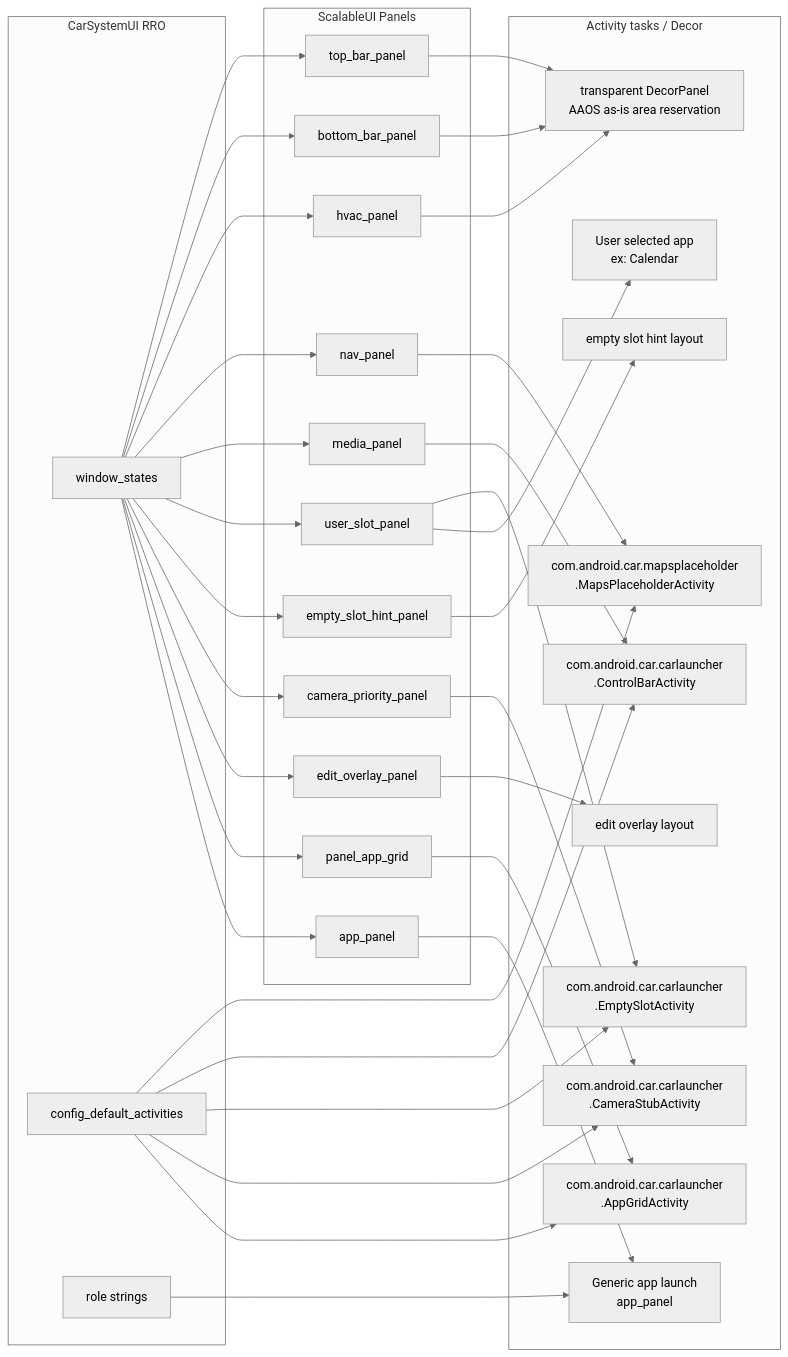
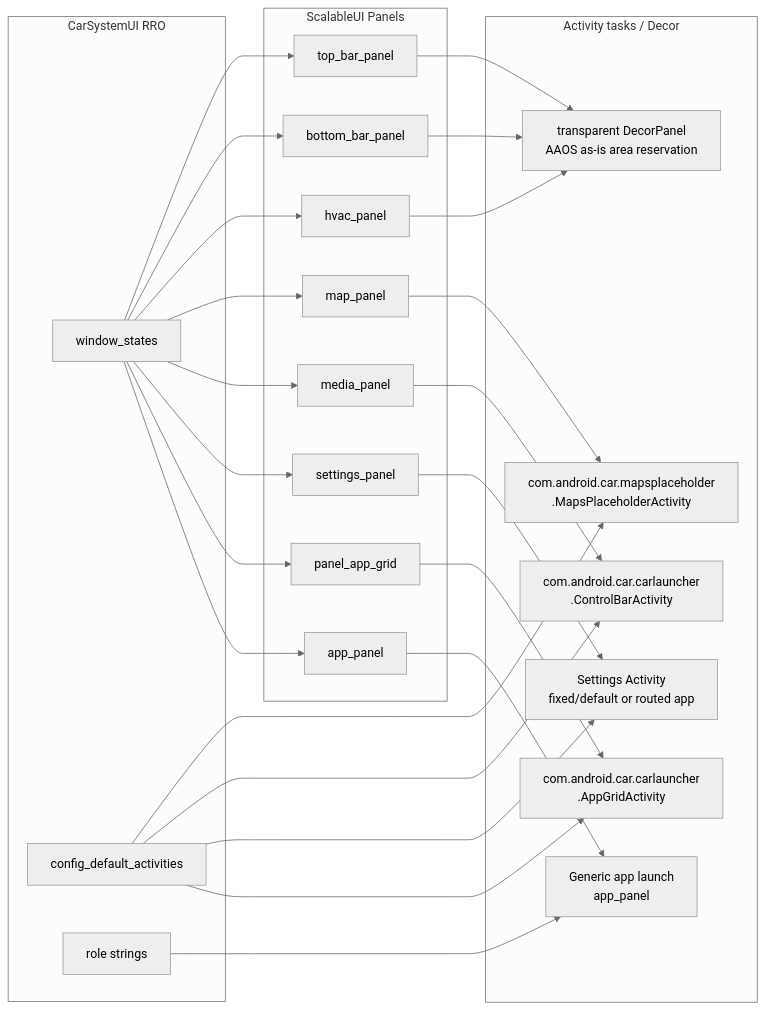
One commit to Nyma-fuk/scalableui-poc changed the fifth of 7 diagrams in docs/scalableui_window_manager_flow_ja.md. Above: the diagram before and after it, drawn with Mermaid (neutral theme). The commit also changed other lines of this file and 49 other files, not shown here.

````diff
--- a/docs/scalableui_window_manager_flow_ja.md
+++ b/docs/scalableui_window_manager_flow_ja.md
@@ -272,68 +276,53 @@
 ```mermaid
 flowchart LR
     subgraph SystemUI_RRO[CarSystemUI RRO]
       WindowStates[window_states]
       DefaultActivities[config_default_activities]
       Roles[role strings]
     end
 
     subgraph Panels[ScalableUI Panels]
       TopBar[top_bar_panel]
       BottomBar[bottom_bar_panel]
       Hvac[hvac_panel]
-      NavPanel[nav_panel]
+      MapPanel[map_panel]
       MediaPanel[media_panel]
-      UserSlot[user_slot_panel]
-      EmptyHint[empty_slot_hint_panel]
-      CameraPanel[camera_priority_panel]
-      EditOverlay[edit_overlay_panel]
+      SettingsPanel[settings_panel]
       AppGridPanel[panel_app_grid]
       AppPanel[app_panel]
     end
 
     subgraph Activities[Activity tasks / Decor]
       TransparentDecor[transparent DecorPanel<br/>AAOS as-is area reservation]
-      NavActivity[com.android.car.mapsplaceholder<br/>.MapsPlaceholderActivity]
+      MapActivity[com.android.car.mapsplaceholder<br/>.MapsPlaceholderActivity]
       MediaActivity[com.android.car.carlauncher<br/>.ControlBarActivity]
-      EmptySlotActivity[com.android.car.carlauncher<br/>.EmptySlotActivity]
-      UserApp[User selected app<br/>ex: Calendar]
-      CameraActivity[com.android.car.carlauncher<br/>.CameraStubActivity]
-      EditDecor[edit overlay layout]
-      HintDecor[empty slot hint layout]
+      SettingsActivity[Settings Activity<br/>fixed/default or routed app]
       AppGridActivity[com.android.car.carlauncher<br/>.AppGridActivity]
       GenericApp[Generic app launch<br/>app_panel]
     end
 
     WindowStates --> TopBar
     WindowStates --> BottomBar
     WindowStates --> Hvac
-    WindowStates --> NavPanel
+    WindowStates --> MapPanel
     WindowStates --> MediaPanel
-    WindowStates --> UserSlot
-    WindowStates --> EmptyHint
-    WindowStates --> CameraPanel
-    WindowStates --> EditOverlay
+    WindowStates --> SettingsPanel
     WindowStates --> AppGridPanel
     WindowStates --> AppPanel
 
-    DefaultActivities --> NavActivity
+    DefaultActivities --> MapActivity
     DefaultActivities --> MediaActivity
-    DefaultActivities --> EmptySlotActivity
-    DefaultActivities --> CameraActivity
+    DefaultActivities --> SettingsActivity
     DefaultActivities --> AppGridActivity
 
     Roles --> GenericApp
 
     TopBar --> TransparentDecor
     BottomBar --> TransparentDecor
     Hvac --> TransparentDecor
-    NavPanel --> NavActivity
+    MapPanel --> MapActivity
     MediaPanel --> MediaActivity
-    UserSlot --> EmptySlotActivity
-    UserSlot --> UserApp
-    EmptyHint --> HintDecor
-    CameraPanel --> CameraActivity
-    EditOverlay --> EditDecor
+    SettingsPanel --> SettingsActivity
     AppGridPanel --> AppGridActivity
     AppPanel --> GenericApp
 ```
````
